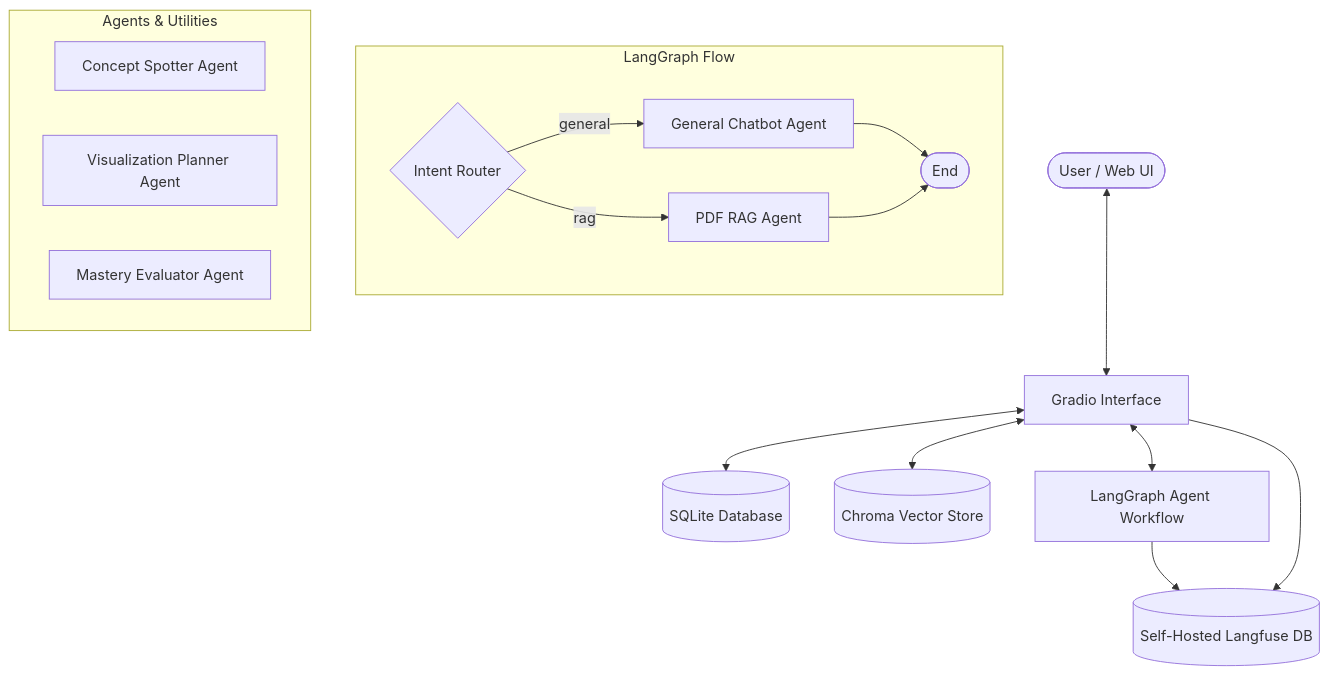
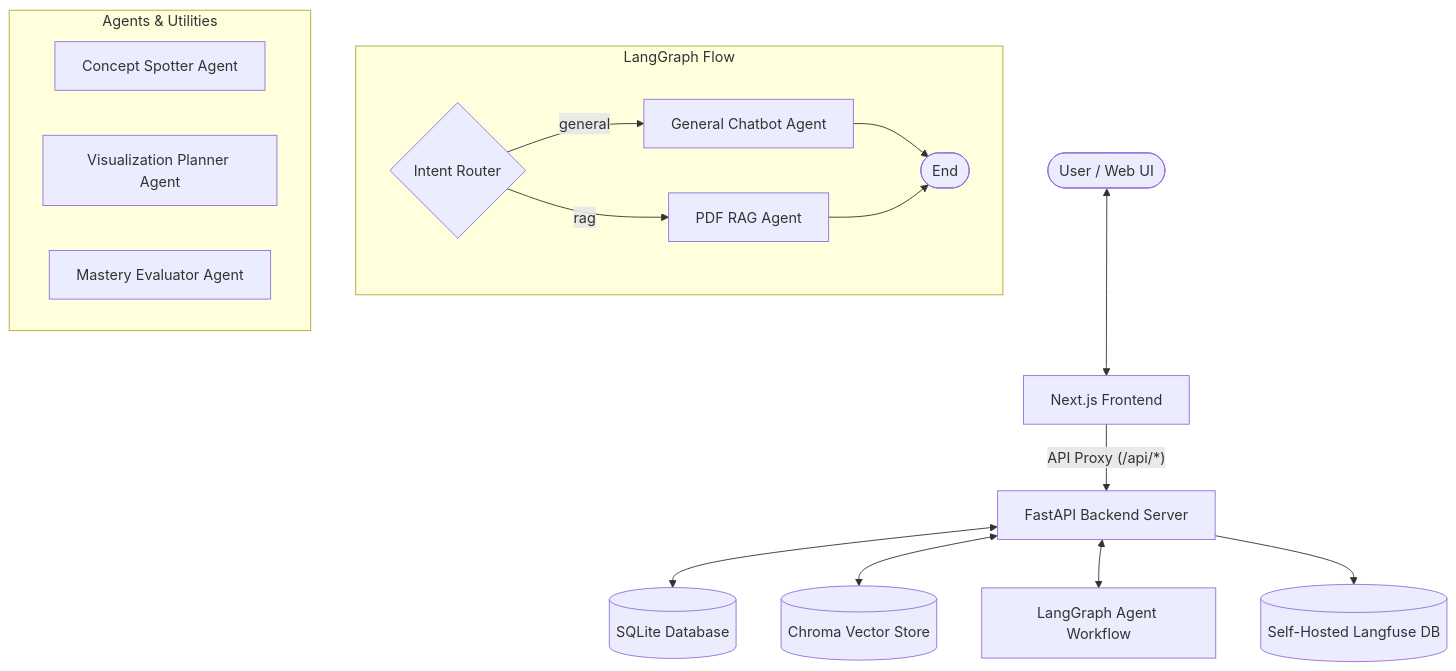
The diagram in README.md (phammanhdung0508/Paper_Helper_Agent), drawn with Mermaid before and after one commit. The commit also changed other lines of this file and 42 other files, not shown here.

````diff
--- a/README.md
+++ b/README.md
@@ -9,24 +11,24 @@
 ```mermaid
 graph TD
-    User([User / Web UI]) <--> Gradio[Gradio Interface]
-    Gradio <--> DB[(SQLite Database)]
-    Gradio <--> VectorStore[(Chroma Vector Store)]
-    Gradio <--> Graph[LangGraph Agent Workflow]
+    User([User / Web UI]) <--> NextJS[Next.js Frontend]
+    NextJS -- "API Proxy (/api/*)" --> FastAPI[FastAPI Backend Server]
+    FastAPI <--> DB[(SQLite Database)]
+    FastAPI <--> VectorStore[(Chroma Vector Store)]
+    FastAPI <--> Graph[LangGraph Agent Workflow]
     
     subgraph LangGraph Flow
         Router{Intent Router}
         Router -- "general" --> GenAgent[General Chatbot Agent]
         Router -- "rag" --> RAGAgent[PDF RAG Agent]
         GenAgent --> End([End])
         RAGAgent --> End
     end
     
     subgraph Agents & Utilities
         ConceptSpotter[Concept Spotter Agent]
         VisPlanner[Visualization Planner Agent]
         MasteryEval[Mastery Evaluator Agent]
     end
     
-    Graph --> Langfuse[(Self-Hosted Langfuse DB)]
-    Gradio --> Langfuse
+    FastAPI --> Langfuse[(Self-Hosted Langfuse DB)]
 ```
````
